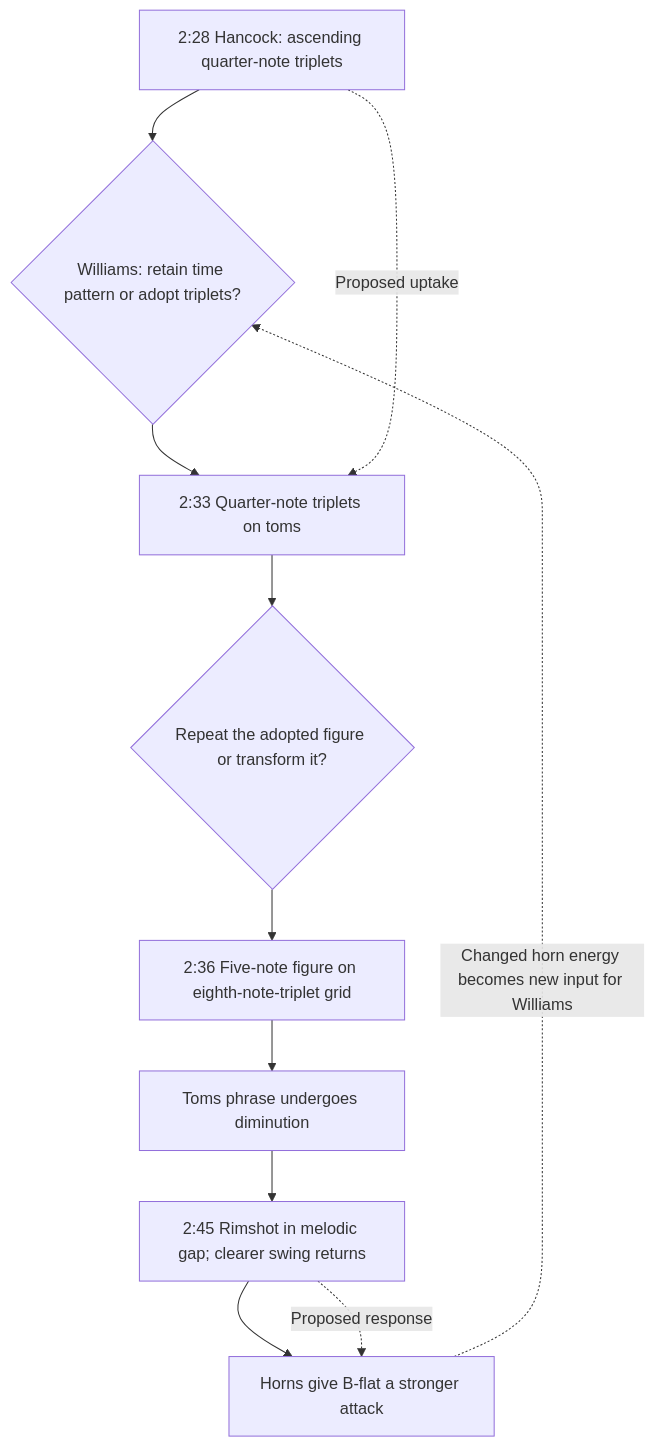
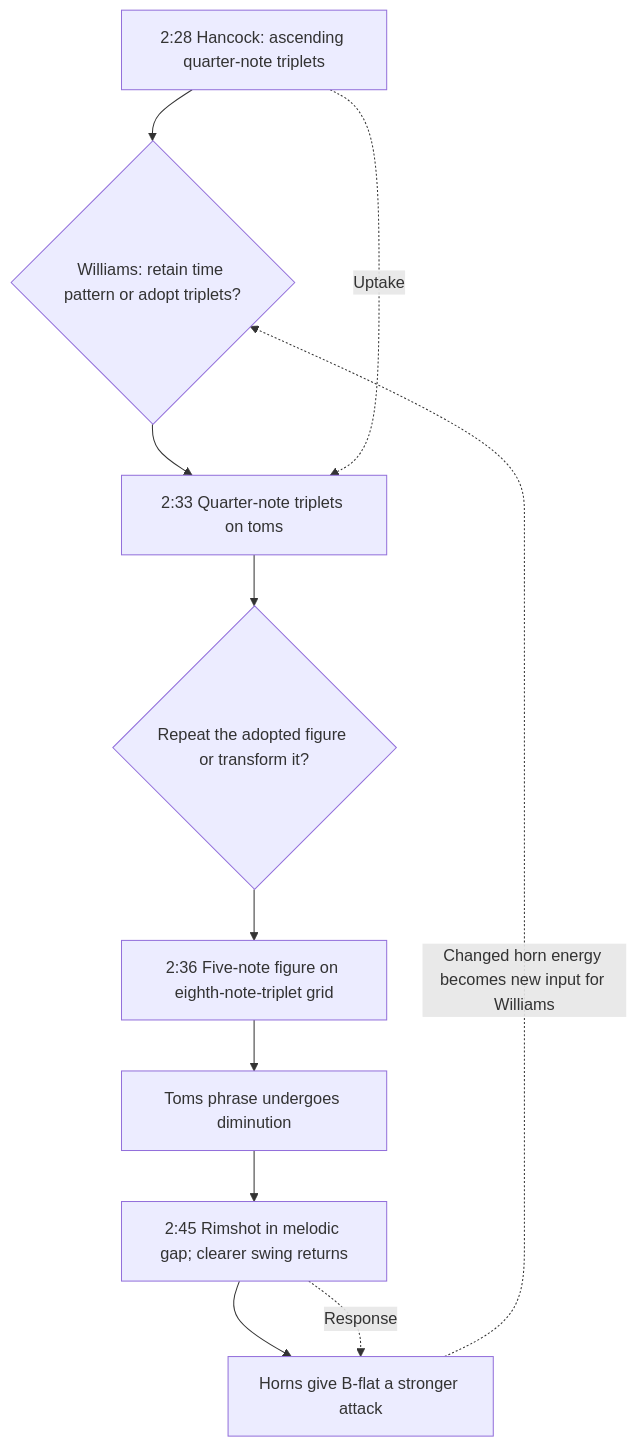
One commit to einbahnstrasse/nefertiti-analysis changed the diagram in mermaid/04-triplets.md. Above: the diagram before and after it, drawn with Mermaid. The commit also changed other lines of this file and 21 other files, not shown here.

````diff
--- a/mermaid/04-triplets.md
+++ b/mermaid/04-triplets.md
@@ -9,13 +9,13 @@
 ```mermaid
 flowchart TD
  A["2:28 Hancock: ascending quarter-note triplets"] --> B{"Williams: retain time pattern or adopt triplets?"}
  B --> C["2:33 Quarter-note triplets on toms"]
  C --> D{"Repeat the adopted figure or transform it?"}
  D --> E["2:36 Five-note figure on eighth-note-triplet grid"]
  E --> F["Toms phrase undergoes diminution"]
  F --> G["2:45 Rimshot in melodic gap; clearer swing returns"]
  G --> H["Horns give B-flat a stronger attack"]
- A -. "Proposed uptake" .-> C
- G -. "Proposed response" .-> H
+ A -. "Uptake" .-> C
+ G -. "Response" .-> H
  H -. "Changed horn energy becomes new input for Williams" .-> B
 ```
````
